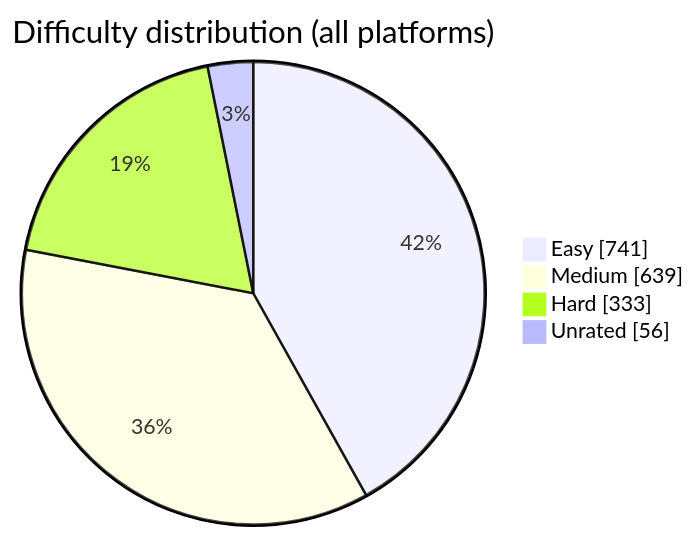
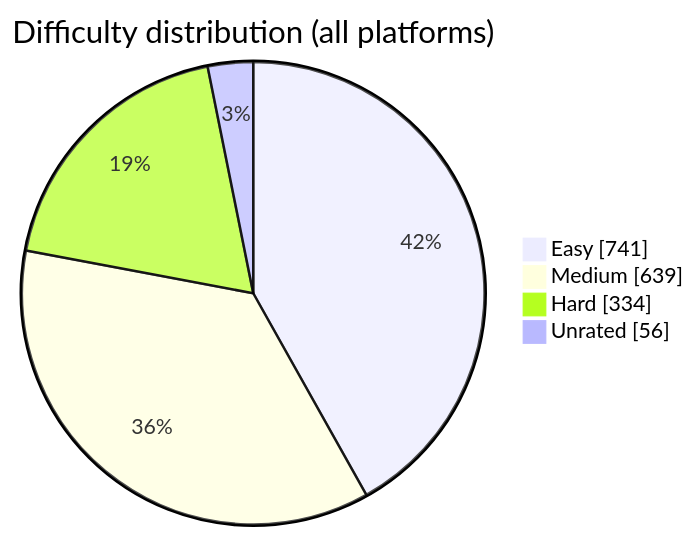
The diagram in README.md (BuildbyArindam/Daily-Coding-Log), drawn with Mermaid before and after one commit. The commit also changed other lines of this file, not shown here.

````diff
--- a/README.md
+++ b/README.md
@@ -108,7 +108,7 @@
 ```mermaid
 pie showData title Difficulty distribution (all platforms)
     "Easy" : 741
     "Medium" : 639
-    "Hard" : 333
+    "Hard" : 334
     "Unrated" : 56
 ```
````
